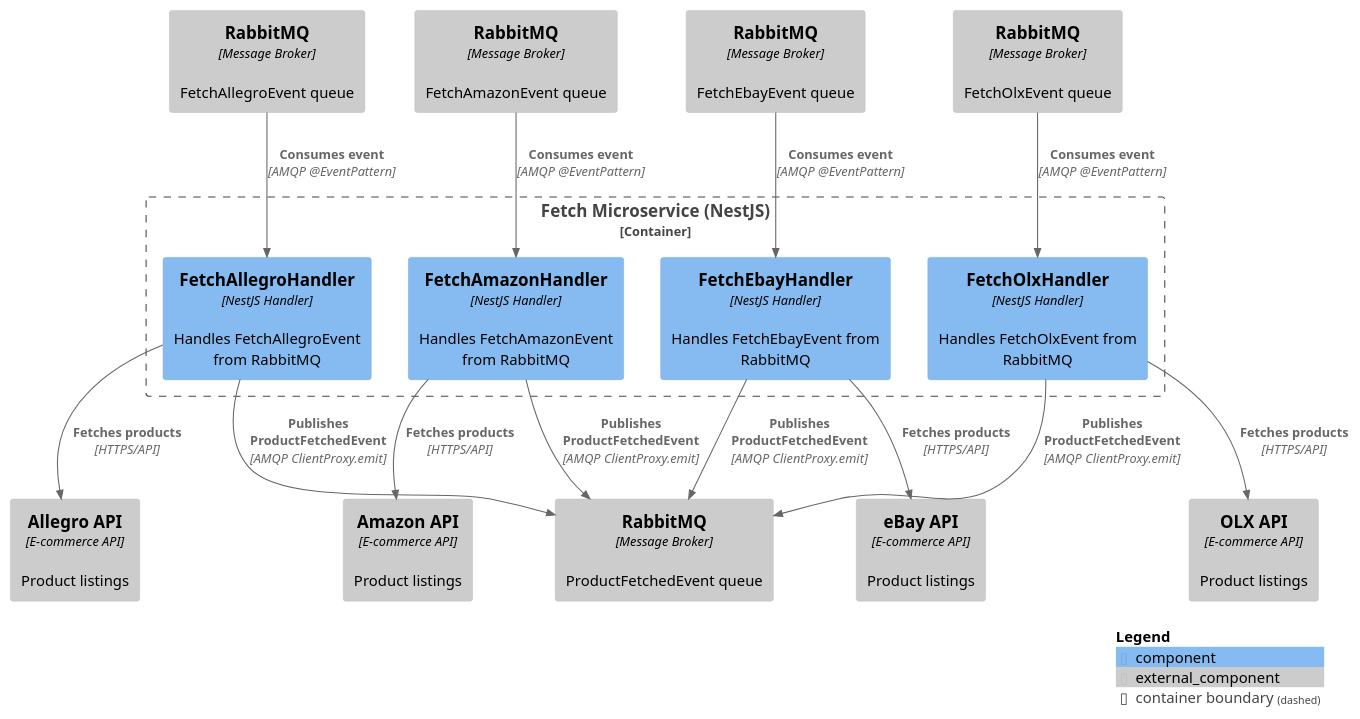
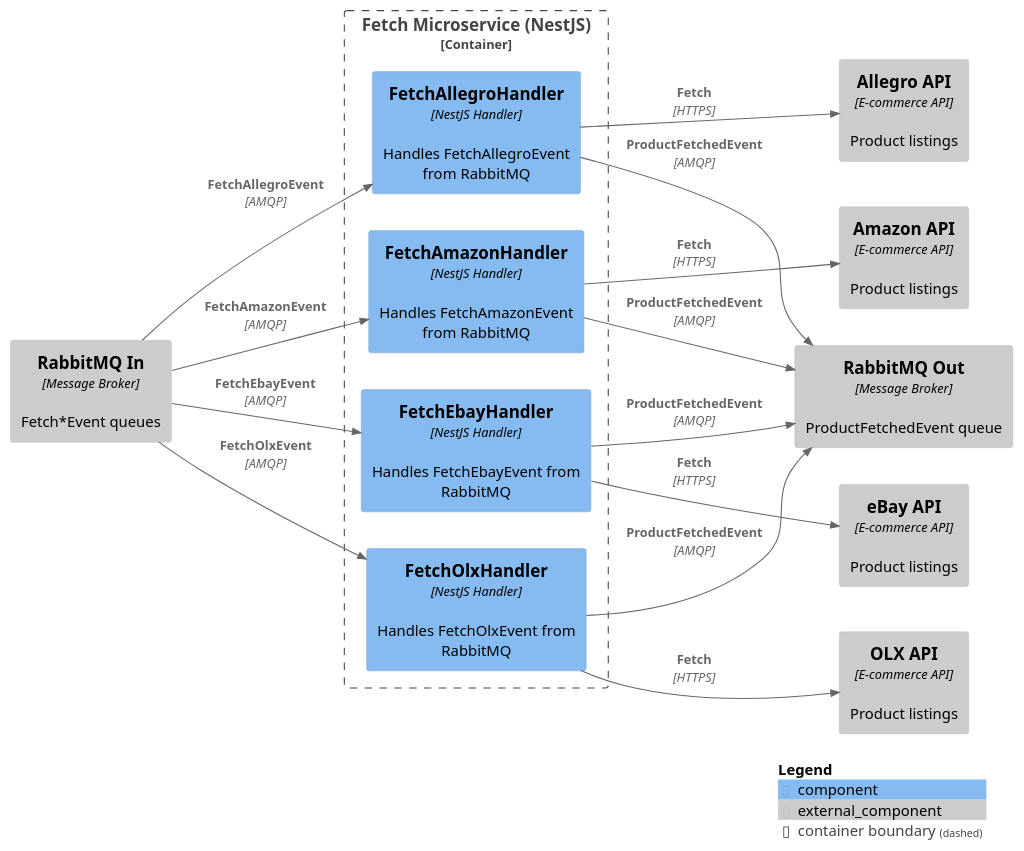
Before and after one commit to Generacja-Cuzi/ai-present-finder: the diagram in docs/C4_v0.2.0/fetch_component.puml, drawn with PlantUML. The commit also changed 6 other files, not shown here.

Commit message:
fix: update diagrams - BrightData flow, chat handlers, layout, simplify docs

```diff
--- a/docs/C4_v0.2.0/fetch_component.puml
+++ b/docs/C4_v0.2.0/fetch_component.puml
@@ -1,38 +1,36 @@
 @startuml C4_Component_Fetch
 !include https://raw.githubusercontent.com/plantuml-stdlib/C4-PlantUML/master/C4_Component.puml
+
+LAYOUT_LEFT_RIGHT()
 
 Container_Boundary(fetch, "Fetch Microservice (NestJS)") {
   Component(allegro_handler, "FetchAllegroHandler", "NestJS Handler", "Handles FetchAllegroEvent from RabbitMQ")
   Component(amazon_handler, "FetchAmazonHandler", "NestJS Handler", "Handles FetchAmazonEvent from RabbitMQ")
   Component(ebay_handler, "FetchEbayHandler", "NestJS Handler", "Handles FetchEbayEvent from RabbitMQ")
   Component(olx_handler, "FetchOlxHandler", "NestJS Handler", "Handles FetchOlxEvent from RabbitMQ")
 }
 
-Component_Ext(rabbitmq_in_allegro, "RabbitMQ", "Message Broker", "FetchAllegroEvent queue")
-Component_Ext(rabbitmq_in_amazon, "RabbitMQ", "Message Broker", "FetchAmazonEvent queue")
-Component_Ext(rabbitmq_in_ebay, "RabbitMQ", "Message Broker", "FetchEbayEvent queue")
-Component_Ext(rabbitmq_in_olx, "RabbitMQ", "Message Broker", "FetchOlxEvent queue")
-Component_Ext(rabbitmq_out, "RabbitMQ", "Message Broker", "ProductFetchedEvent queue")
+Component_Ext(rabbitmq_in, "RabbitMQ In", "Message Broker", "Fetch*Event queues")
+Component_Ext(rabbitmq_out, "RabbitMQ Out", "Message Broker", "ProductFetchedEvent queue")
 Component_Ext(allegro_api, "Allegro API", "E-commerce API", "Product listings")
 Component_Ext(amazon_api, "Amazon API", "E-commerce API", "Product listings")
 Component_Ext(ebay_api, "eBay API", "E-commerce API", "Product listings")
 Component_Ext(olx_api, "OLX API", "E-commerce API", "Product listings")
 
-Rel(rabbitmq_in_allegro, allegro_handler, "Consumes event", "AMQP @EventPattern")
-Rel(allegro_handler, allegro_api, "Fetches products", "HTTPS/API")
-Rel(allegro_handler, rabbitmq_out, "Publishes ProductFetchedEvent", "AMQP ClientProxy.emit")
+Rel(rabbitmq_in, allegro_handler, "FetchAllegroEvent", "AMQP")
+Rel(rabbitmq_in, amazon_handler, "FetchAmazonEvent", "AMQP")
+Rel(rabbitmq_in, ebay_handler, "FetchEbayEvent", "AMQP")
+Rel(rabbitmq_in, olx_handler, "FetchOlxEvent", "AMQP")
 
-Rel(rabbitmq_in_amazon, amazon_handler, "Consumes event", "AMQP @EventPattern")
-Rel(amazon_handler, amazon_api, "Fetches products", "HTTPS/API")
-Rel(amazon_handler, rabbitmq_out, "Publishes ProductFetchedEvent", "AMQP ClientProxy.emit")
+Rel(allegro_handler, allegro_api, "Fetch", "HTTPS")
+Rel(amazon_handler, amazon_api, "Fetch", "HTTPS")
+Rel(ebay_handler, ebay_api, "Fetch", "HTTPS")
+Rel(olx_handler, olx_api, "Fetch", "HTTPS")
 
-Rel(rabbitmq_in_ebay, ebay_handler, "Consumes event", "AMQP @EventPattern")
-Rel(ebay_handler, ebay_api, "Fetches products", "HTTPS/API")
-Rel(ebay_handler, rabbitmq_out, "Publishes ProductFetchedEvent", "AMQP ClientProxy.emit")
-
-Rel(rabbitmq_in_olx, olx_handler, "Consumes event", "AMQP @EventPattern")
-Rel(olx_handler, olx_api, "Fetches products", "HTTPS/API")
-Rel(olx_handler, rabbitmq_out, "Publishes ProductFetchedEvent", "AMQP ClientProxy.emit")
+Rel(allegro_handler, rabbitmq_out, "ProductFetchedEvent", "AMQP")
+Rel(amazon_handler, rabbitmq_out, "ProductFetchedEvent", "AMQP")
+Rel(ebay_handler, rabbitmq_out, "ProductFetchedEvent", "AMQP")
+Rel(olx_handler, rabbitmq_out, "ProductFetchedEvent", "AMQP")
 
 SHOW_LEGEND()
 @enduml
```
